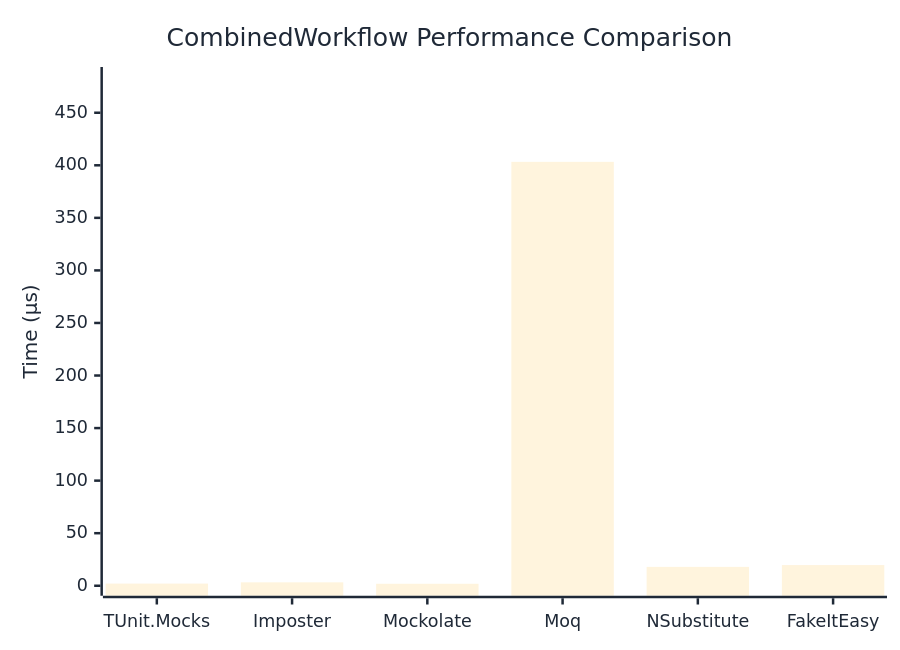
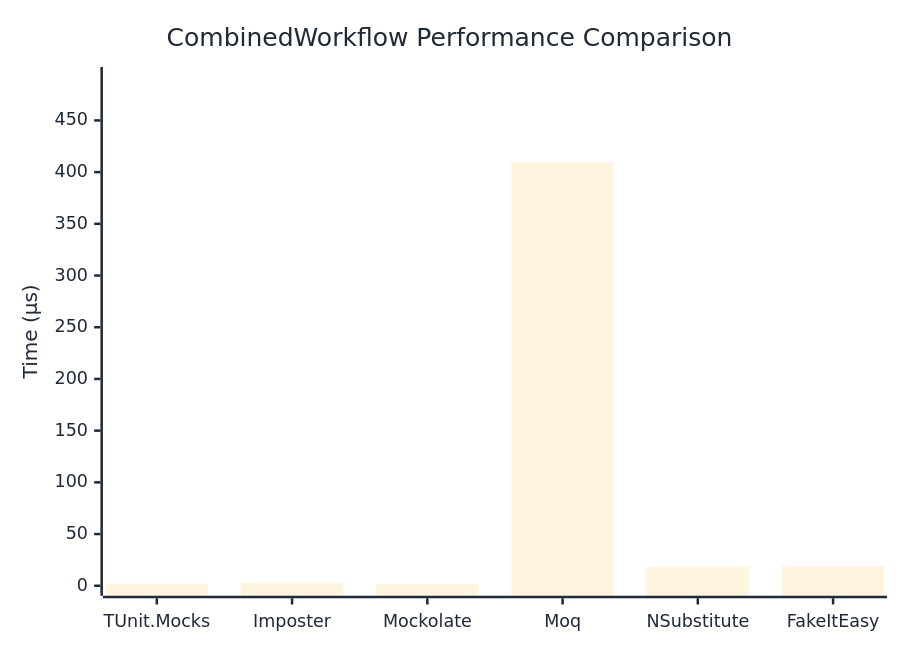
Before and after one commit to thomhurst/TUnit: the diagram in docs/docs/benchmarks/mocks/CombinedWorkflow.md, drawn with Mermaid. The commit also changed other lines of this file and 14 other files, not shown here.

````diff
--- a/docs/docs/benchmarks/mocks/CombinedWorkflow.md
+++ b/docs/docs/benchmarks/mocks/CombinedWorkflow.md
@@ -30,27 +30,27 @@
 ```mermaid
 %%{init: {
   'theme':'base',
   'themeVariables': {
     'primaryColor': '#2563eb',
     'primaryTextColor': '#1f2937',
     'primaryBorderColor': '#1e40af',
     'lineColor': '#6b7280',
     'secondaryColor': '#7c3aed',
     'tertiaryColor': '#dc2626',
     'background': '#ffffff',
     'pie1': '#2563eb',
     'pie2': '#7c3aed',
     'pie3': '#dc2626',
     'pie4': '#f59e0b',
     'pie5': '#10b981',
     'pie6': '#06b6d4',
     'pie7': '#ec4899',
     'pie8': '#6366f1'
   }
 }}%%
 xychart-beta
   title "CombinedWorkflow Performance Comparison"
   x-axis ["TUnit.Mocks", "Imposter", "Mockolate", "Moq", "NSubstitute", "FakeItEasy"]
-  y-axis "Time (μs)" 0 --> 484
-  bar [2.061, 3.242, 1.898, 403.28, 17.953, 19.659]
+  y-axis "Time (μs)" 0 --> 492
+  bar [2.017, 2.911, 1.824, 409.349, 18.103, 18.85]
 ```
````
